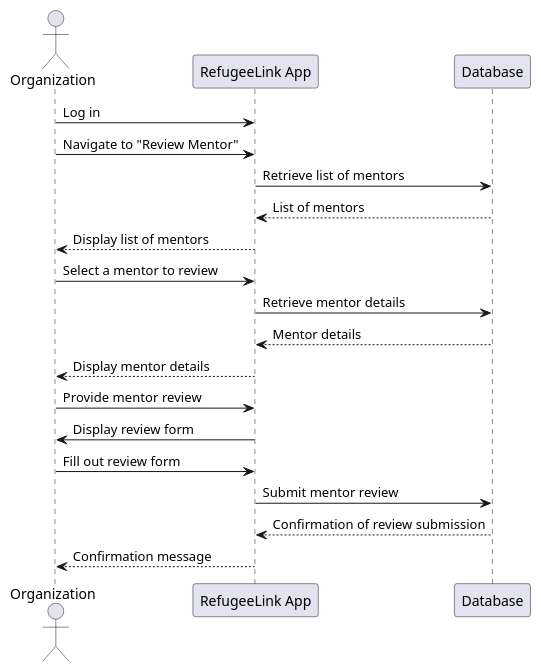
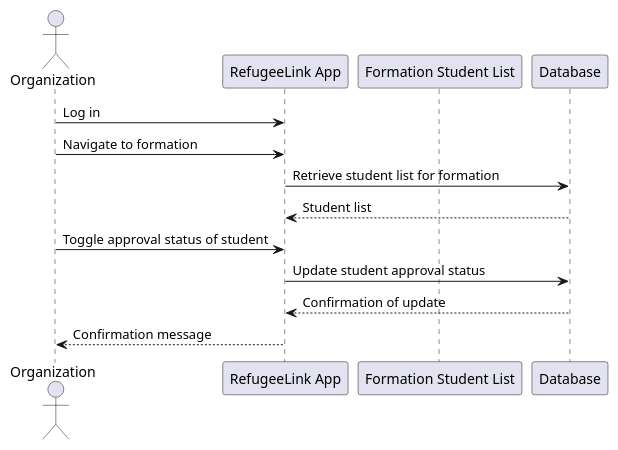
The diagram in Doc/use-Cases/uc030/sequenceDiagram/sequenceDiagram030.puml (kanzodotjava/RefugeeLINK), drawn with PlantUML before and after one commit. The commit also changed 6 other files, not shown here.

Commit message:
Add classDiagram and change UC030

```diff
--- a/Doc/use-Cases/uc030/sequenceDiagram/sequenceDiagram030.puml
+++ b/Doc/use-Cases/uc030/sequenceDiagram/sequenceDiagram030.puml
@@ -1,25 +1,17 @@
 @startuml
 
 actor Organization
-participant RefugeeLink as "RefugeeLink App"
-participant Database as "Database"
+participant "RefugeeLink App" as App
+participant "Formation Student List" as List
+participant Database
 
-Organization -> RefugeeLink: Log in
-Organization -> RefugeeLink: Navigate to "Review Mentor"
-RefugeeLink -> Database: Retrieve list of mentors
-Database --> RefugeeLink: List of mentors
-RefugeeLink --> Organization: Display list of mentors
-
-Organization -> RefugeeLink: Select a mentor to review
-RefugeeLink -> Database: Retrieve mentor details
-Database --> RefugeeLink: Mentor details
-RefugeeLink --> Organization: Display mentor details
-
-Organization -> RefugeeLink: Provide mentor review
-RefugeeLink -> Organization: Display review form
-Organization -> RefugeeLink: Fill out review form
-RefugeeLink -> Database: Submit mentor review
-Database --> RefugeeLink: Confirmation of review submission
-RefugeeLink --> Organization: Confirmation message
+Organization -> App: Log in
+Organization -> App: Navigate to formation
+App -> Database: Retrieve student list for formation
+Database --> App: Student list
+Organization -> App: Toggle approval status of student
+App -> Database: Update student approval status
+Database --> App: Confirmation of update
+App --> Organization: Confirmation message
 
 @enduml
```
